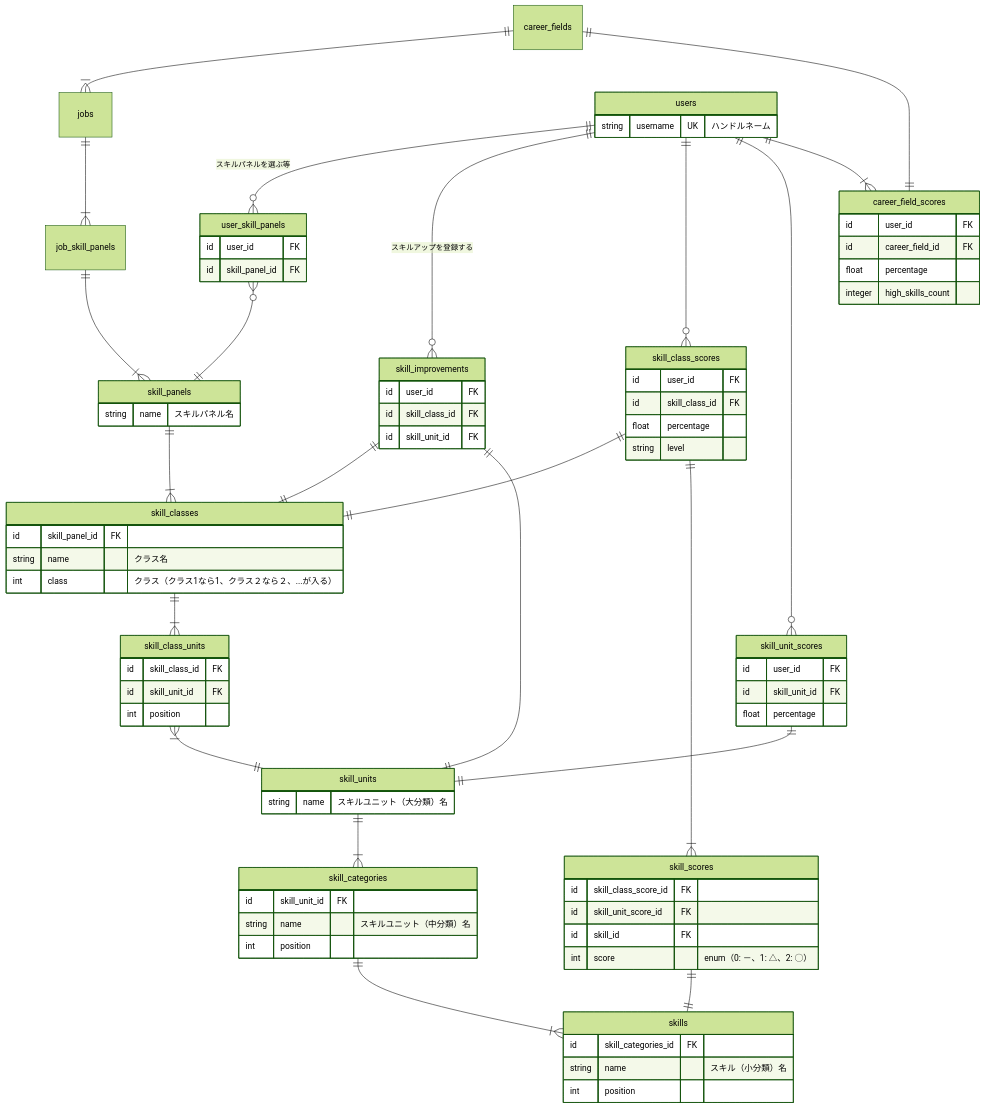
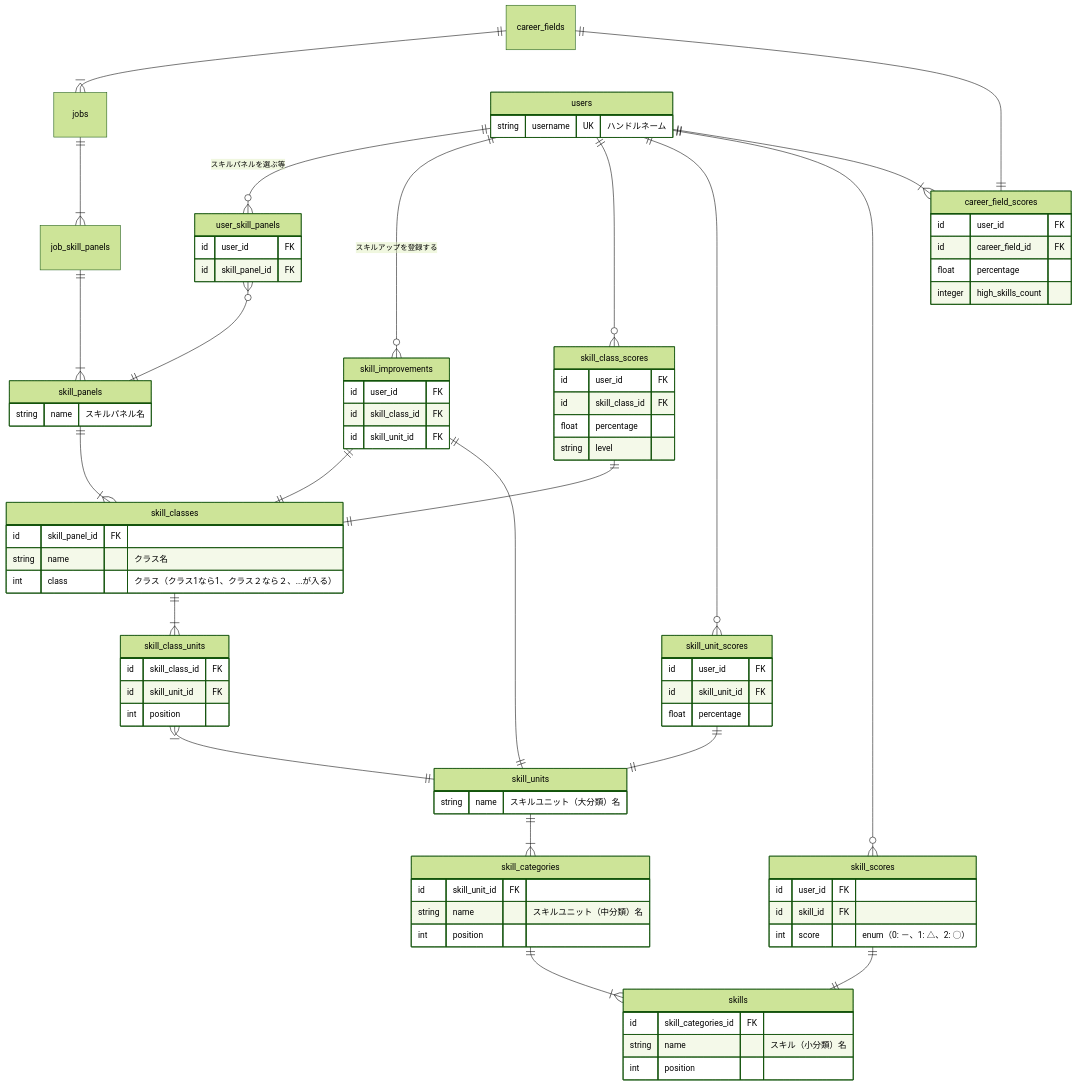
Before and after one commit to bright-org/bright: the second of 2 diagrams in docs/conceptual_schemas/skills.md, drawn with Mermaid (forest theme). The commit also changed other lines of this file and 11 other files, not shown here.

```diff
--- a/docs/conceptual_schemas/skills.md
+++ b/docs/conceptual_schemas/skills.md
@@ -68,9 +67,9 @@
   skill_improvements ||--|| skill_units : ""
   users ||--o{ skill_class_scores : ""
   users ||--o{ skill_unit_scores : ""
+  users ||--o{ skill_scores : ""
   users ||--|{ career_field_scores : ""
   skill_class_scores ||--|| skill_classes : ""
-  skill_class_scores ||--|{ skill_scores : ""
   skill_scores ||--|| skills : ""
   skill_unit_scores ||--|| skill_units : ""
   career_fields ||--|| career_field_scores : ""
@@ -145,8 +144,7 @@
   }
 
   skill_scores {
-    id skill_class_score_id FK
-    id skill_unit_score_id FK
+    id user_id FK
     id skill_id FK
     int score "enum（0: －、1: △、2: ◯）"
   }
```
